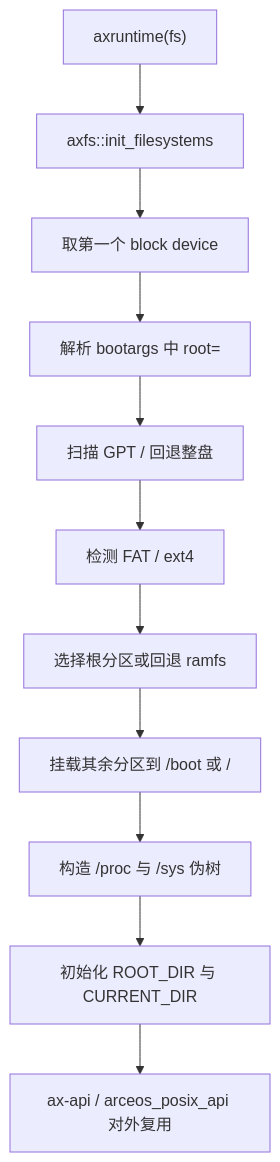
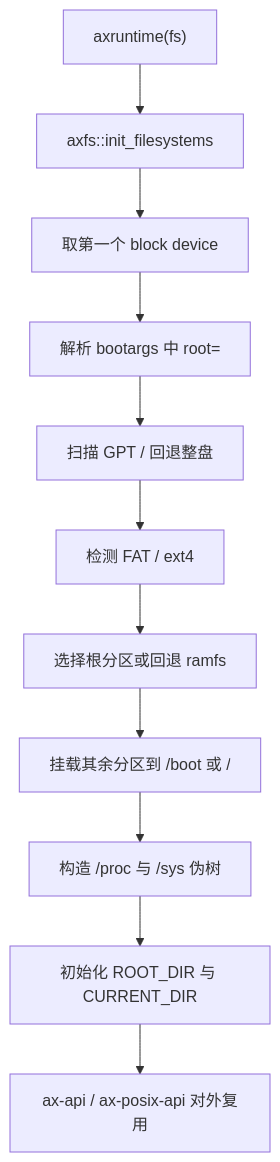
The first of 2 diagrams in docs/crates/axfs.md (zKurisu/tgoskits), drawn with Mermaid before and after one commit. The commit also changed other lines of this file and 39 other files, not shown here.

Commit message:
rename arceos_posix_api to ax-posix-api

````diff
--- a/docs/crates/axfs.md
+++ b/docs/crates/axfs.md
@@ -36,13 +36,13 @@
 ```mermaid
 flowchart TD
     A["axruntime(fs)"] --> B["axfs::init_filesystems"]
     B --> C["取第一个 block device"]
     C --> D["解析 bootargs 中 root="]
     D --> E["扫描 GPT / 回退整盘"]
     E --> F["检测 FAT / ext4"]
     F --> G["选择根分区或回退 ramfs"]
     G --> H["挂载其余分区到 /boot 或 /<name>"]
     H --> I["构造 /proc 与 /sys 伪树"]
     I --> J["初始化 ROOT_DIR 与 CURRENT_DIR"]
-    J --> K["ax-api / arceos_posix_api 对外复用"]
+    J --> K["ax-api / ax-posix-api 对外复用"]
 ```
````
